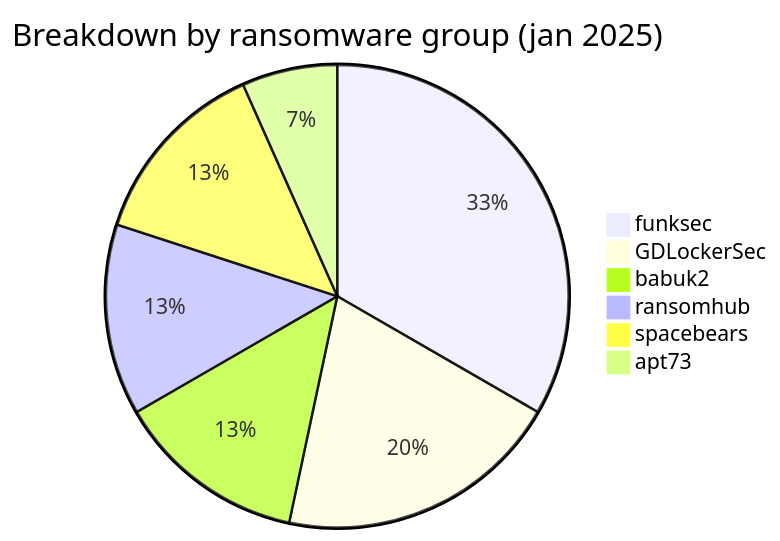
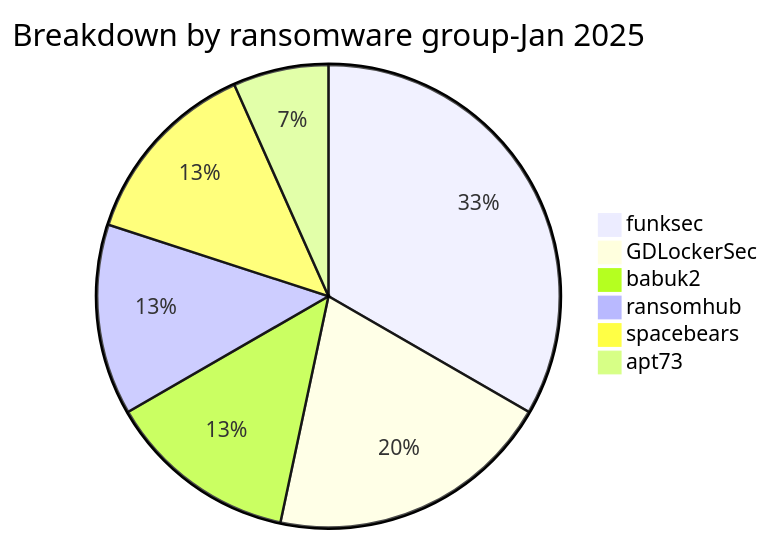
The first of 5 diagrams in reports/2025/01-january/README.md (Hatchepsoute/AFRINTEL), drawn with Mermaid before and after one commit. The commit also changed 1 other file, not shown here.

Commit message:
Rapport CTI : Cyberattaques en Afrique

````diff
--- a/reports/2025/01-january/README.md
+++ b/reports/2025/01-january/README.md
@@ -30,9 +30,9 @@
 ```mermaid
-pie title Breakdown by ransomware group (jan 2025)
+pie title Breakdown by ransomware group-Jan 2025
     "funksec" : 5
     "GDLockerSec" : 3
     "babuk2" : 2
     "ransomhub" : 2
     "spacebears" : 2
     "apt73" : 1
 ```
````
